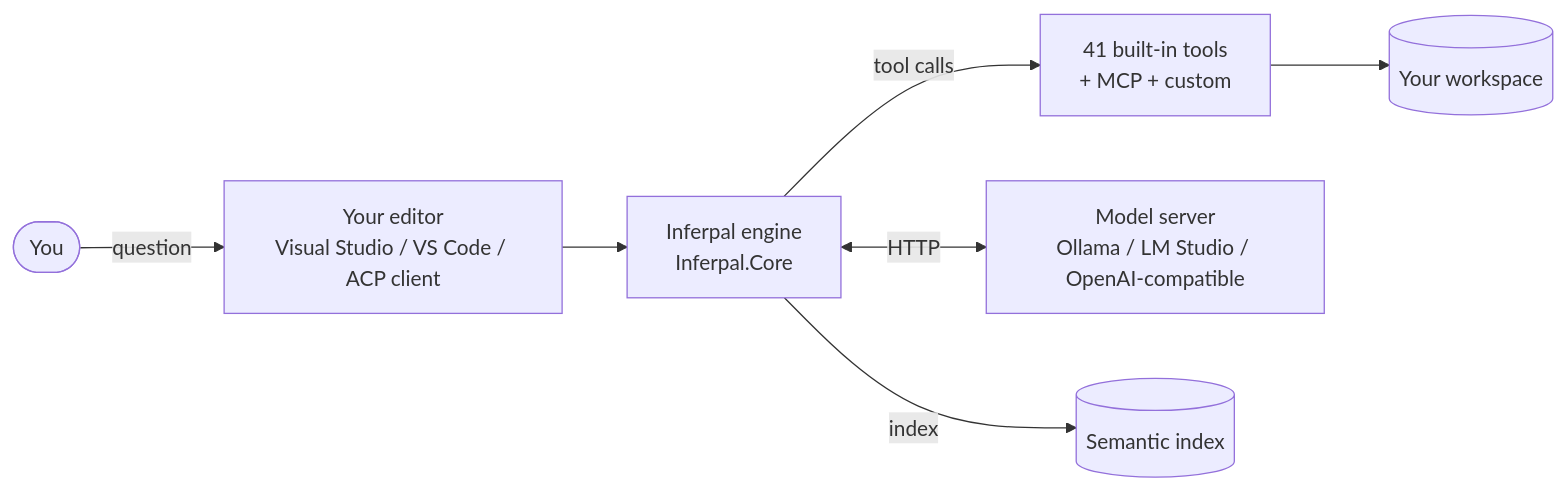
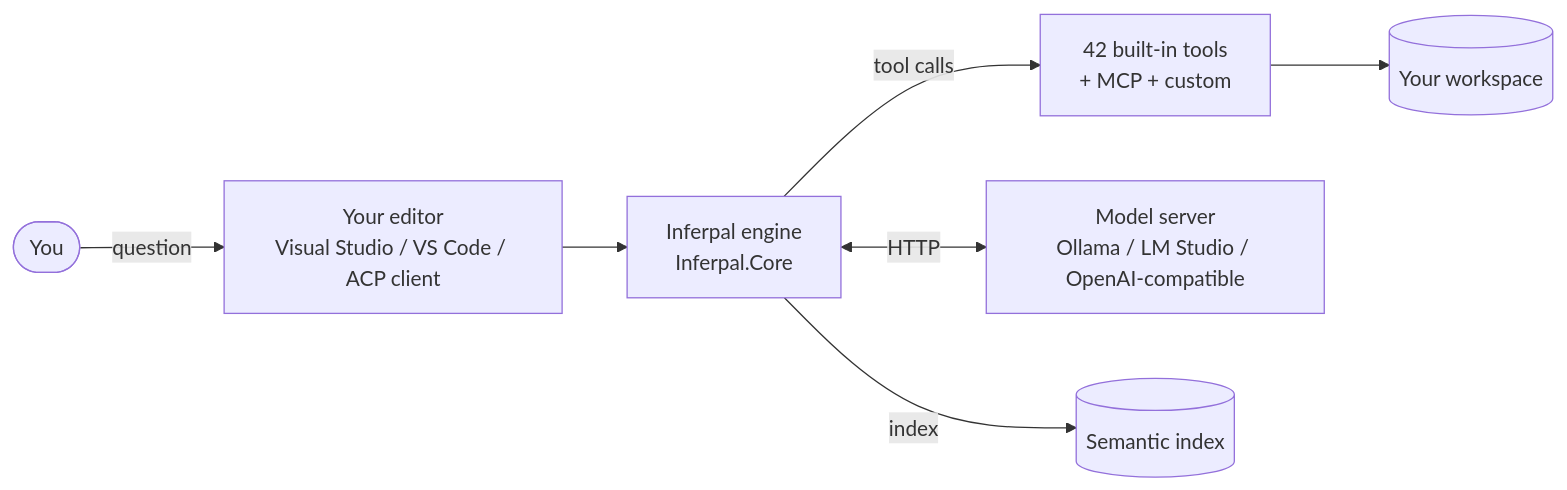
Before and after one commit to EstaxNet/Inferpal: the diagram in docs/README.md, drawn with Mermaid. The commit also changed other lines of this file and 47 other files, not shown here.

````diff
--- a/docs/README.md
+++ b/docs/README.md
@@ -40,9 +40,9 @@
 ```mermaid
 flowchart LR
     user([You]) -->|question| editor[Your editor<br/>Visual Studio / VS Code / ACP client]
     editor --> chat[Inferpal engine<br/>Inferpal.Core]
-    chat -->|tool calls| tools[41 built-in tools<br/>+ MCP + custom]
+    chat -->|tool calls| tools[42 built-in tools<br/>+ MCP + custom]
     chat <-->|HTTP| provider[Model server<br/>Ollama / LM Studio / OpenAI-compatible]
     tools --> ws[(Your workspace)]
     chat -->|index| rag[(Semantic index)]
 ```
````
